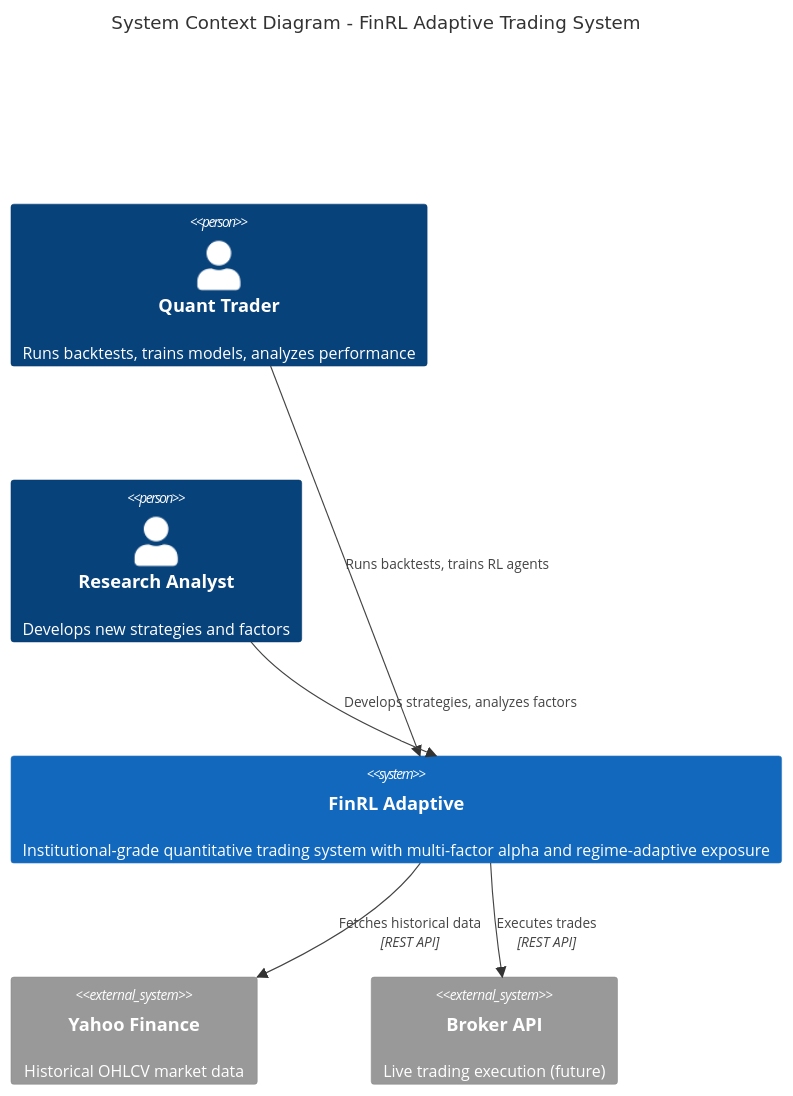
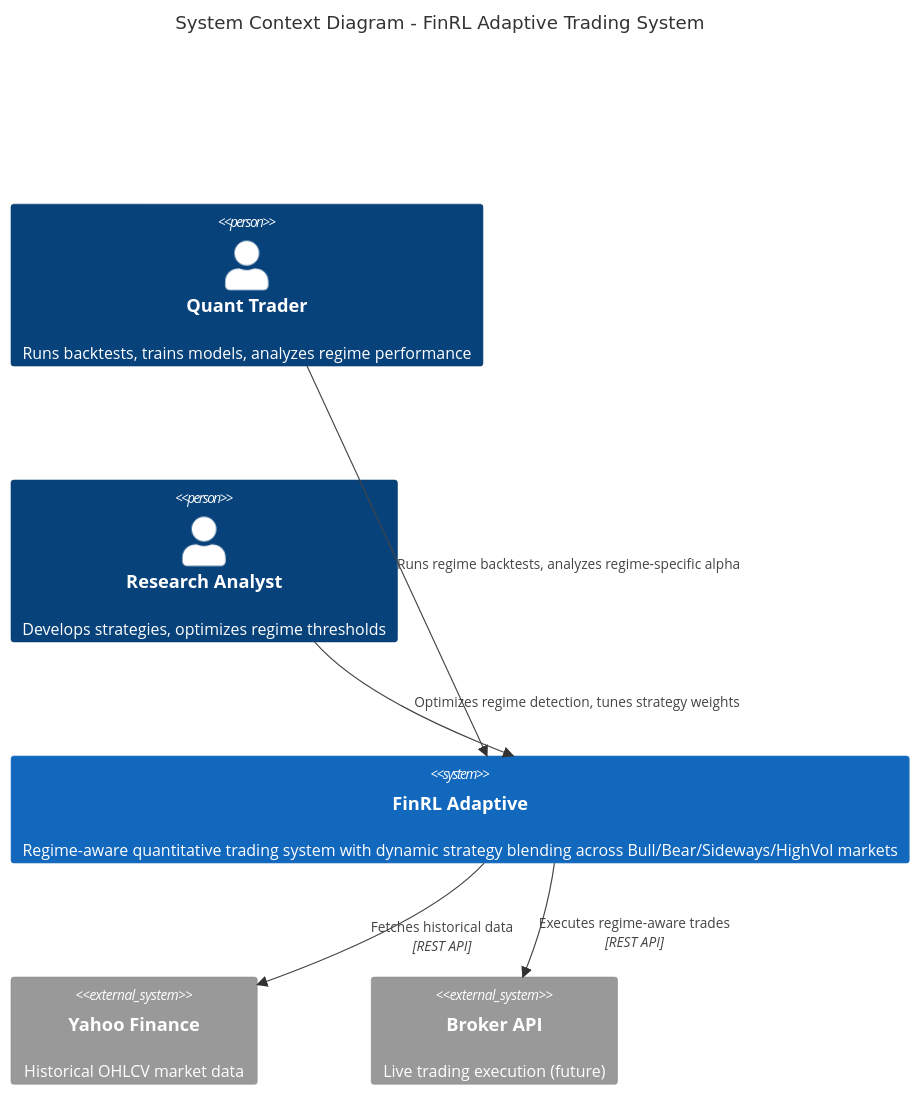
The second of 7 diagrams in README.md (blackms/FinRL-Adaptive), drawn with Mermaid before and after one commit. The commit also changed other lines of this file and 13 other files, not shown here.

First line of the commit message:
feat: Add regime-aware strategy blending system

````diff
--- a/README.md
+++ b/README.md
@@ -187,19 +223,19 @@
 ```mermaid
 C4Context
     title System Context Diagram - FinRL Adaptive Trading System
 
-    Person(trader, "Quant Trader", "Runs backtests, trains models, analyzes performance")
-    Person(researcher, "Research Analyst", "Develops new strategies and factors")
+    Person(trader, "Quant Trader", "Runs backtests, trains models, analyzes regime performance")
+    Person(researcher, "Research Analyst", "Develops strategies, optimizes regime thresholds")
 
-    System(finrl, "FinRL Adaptive", "Institutional-grade quantitative trading system with multi-factor alpha and regime-adaptive exposure")
+    System(finrl, "FinRL Adaptive", "Regime-aware quantitative trading system with dynamic strategy blending across Bull/Bear/Sideways/HighVol markets")
 
     System_Ext(yahoo, "Yahoo Finance", "Historical OHLCV market data")
     System_Ext(broker, "Broker API", "Live trading execution (future)")
 
-    Rel(trader, finrl, "Runs backtests, trains RL agents")
-    Rel(researcher, finrl, "Develops strategies, analyzes factors")
+    Rel(trader, finrl, "Runs regime backtests, analyzes regime-specific alpha")
+    Rel(researcher, finrl, "Optimizes regime detection, tunes strategy weights")
     Rel(finrl, yahoo, "Fetches historical data", "REST API")
-    Rel(finrl, broker, "Executes trades", "REST API")
+    Rel(finrl, broker, "Executes regime-aware trades", "REST API")
 
     UpdateLayoutConfig($c4ShapeInRow="2", $c4BoundaryInRow="1")
 ```
````
